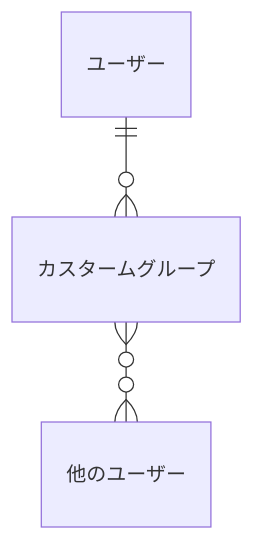
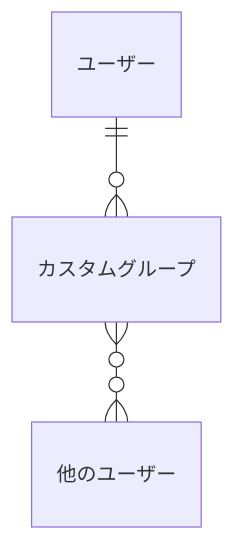
Before and after one commit to bright-org/bright: the tenth of 11 diagrams in docs/conceptual_schemas/users.md, drawn with Mermaid. The commit also changed other lines of this file and 10 other files, not shown here.

````diff
--- a/docs/conceptual_schemas/users.md
+++ b/docs/conceptual_schemas/users.md
@@ -147,5 +147,5 @@
 ```mermaid
 erDiagram
-"ユーザー"||--o{"カスタームグループ" : ""
-"カスタームグループ"}o--o{"他のユーザー" : ""
+"ユーザー"||--o{"カスタムグループ" : ""
+"カスタムグループ"}o--o{"他のユーザー" : ""
 ```
````
